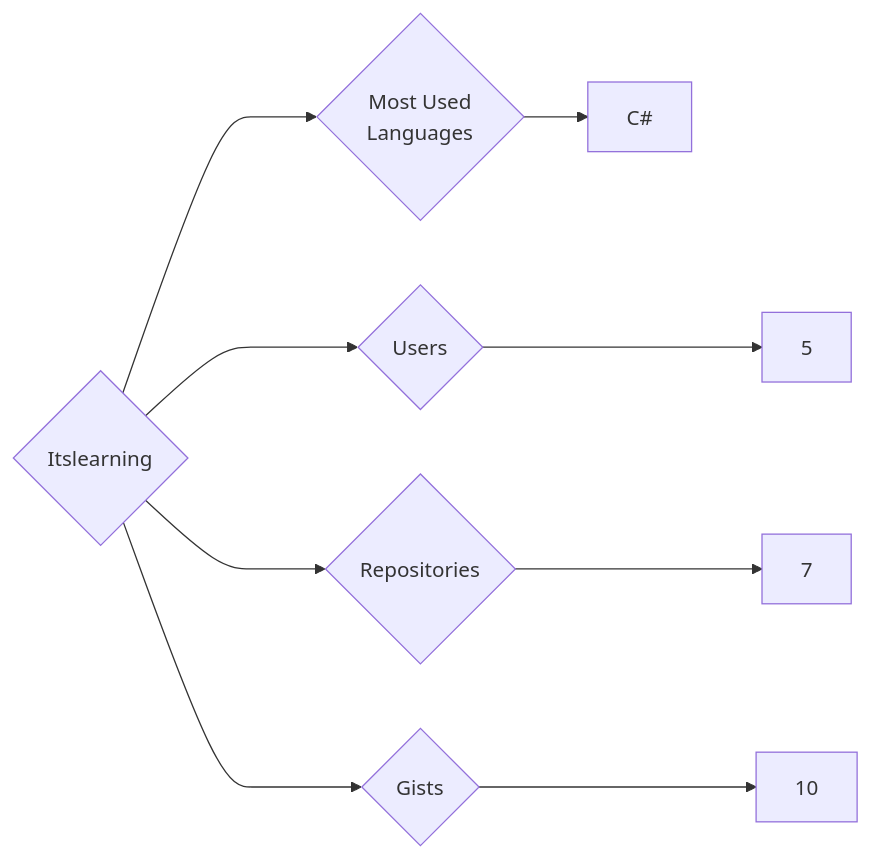
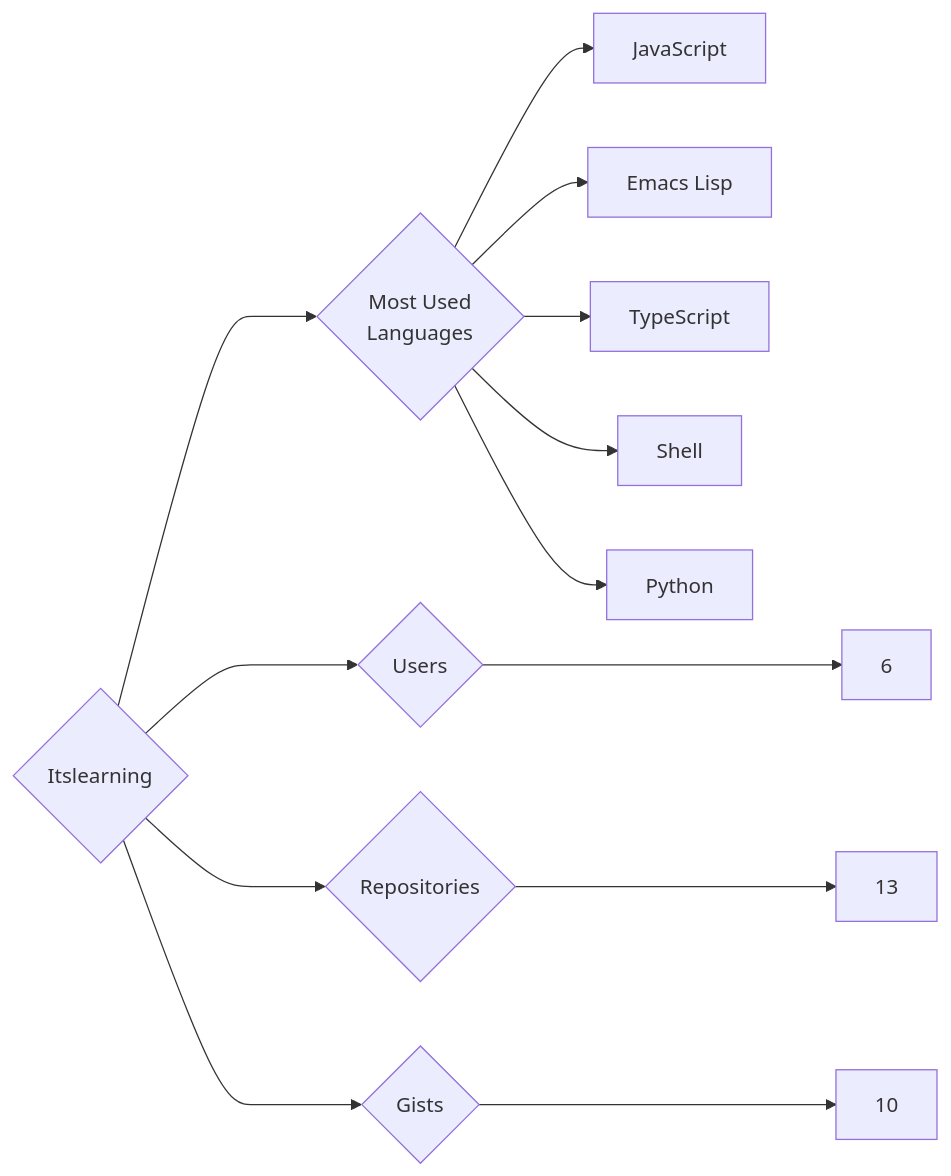
The diagram in targets/Itslearning/README.md (trickest/insiders), drawn with Mermaid before and after one commit. The commit also changed 610 other files, not shown here.

````diff
--- a/targets/Itslearning/README.md
+++ b/targets/Itslearning/README.md
@@ -3,9 +3,13 @@
 ```mermaid
 graph LR
 COMPANY_NAME{Itslearning}
-COMPANY_NAME ---> U{Users} ---> UN[5]
-COMPANY_NAME ---> R{Repositories} ---> RN[7]
+COMPANY_NAME ---> U{Users} ---> UN[6]
+COMPANY_NAME ---> R{Repositories} ---> RN[13]
 COMPANY_NAME ---> G{Gists} ---> GN[10]
 COMPANY_NAME ---> ML{Most Used<br>Languages}
-ML --> C#[C#]
+ML --> JavaScript[JavaScript]
+ML --> Emacs_Lisp[Emacs Lisp]
+ML --> TypeScript[TypeScript]
+ML --> Shell[Shell]
+ML --> Python[Python]
 ```
````
